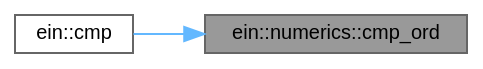
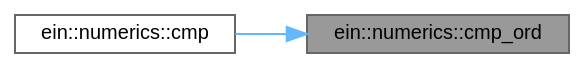
One commit to ekmett/ein changed the diagram in de/df9/namespaceein_1_1numerics_a6464b71a4b444b9927d67dea8c98decc_icgraph.dot. Above: the diagram before and after it, drawn with Graphviz. The commit also changed 56 other files, not shown here.

```diff
--- a/de/df9/namespaceein_1_1numerics_a6464b71a4b444b9927d67dea8c98decc_icgraph.dot
+++ b/de/df9/namespaceein_1_1numerics_a6464b71a4b444b9927d67dea8c98decc_icgraph.dot
@@ -1,11 +1,11 @@
 digraph "ein::numerics::cmp_ord"
 {
  // LATEX_PDF_SIZE
   bgcolor="transparent";
   edge [fontname=Helvetica,fontsize=10,labelfontname=Helvetica,labelfontsize=10];
   node [fontname=Helvetica,fontsize=10,shape=box,height=0.2,width=0.4];
   rankdir="RL";
   Node1 [id="Node000001",label="ein::numerics::cmp_ord",height=0.2,width=0.4,color="gray40", fillcolor="grey60", style="filled", fontcolor="black",tooltip=" "];
   Node1 -> Node2 [id="edge1_Node000001_Node000002",dir="back",color="steelblue1",style="solid",tooltip=" "];
-  Node2 [id="Node000002",label="ein::cmp",height=0.2,width=0.4,color="grey40", fillcolor="white", style="filled",URL="$d7/dc1/namespaceein.html#ae65db238ed9b102d82a5c7878bec42e2",tooltip="perform an avx512 style floating point comparison for scalar values."];
+  Node2 [id="Node000002",label="ein::numerics::cmp",height=0.2,width=0.4,color="grey40", fillcolor="white", style="filled",URL="$de/df9/namespaceein_1_1numerics.html#aa4539037182417945b1d77050230bc17",tooltip="perform an avx512 style floating point comparison for scalar values."];
 }
```
